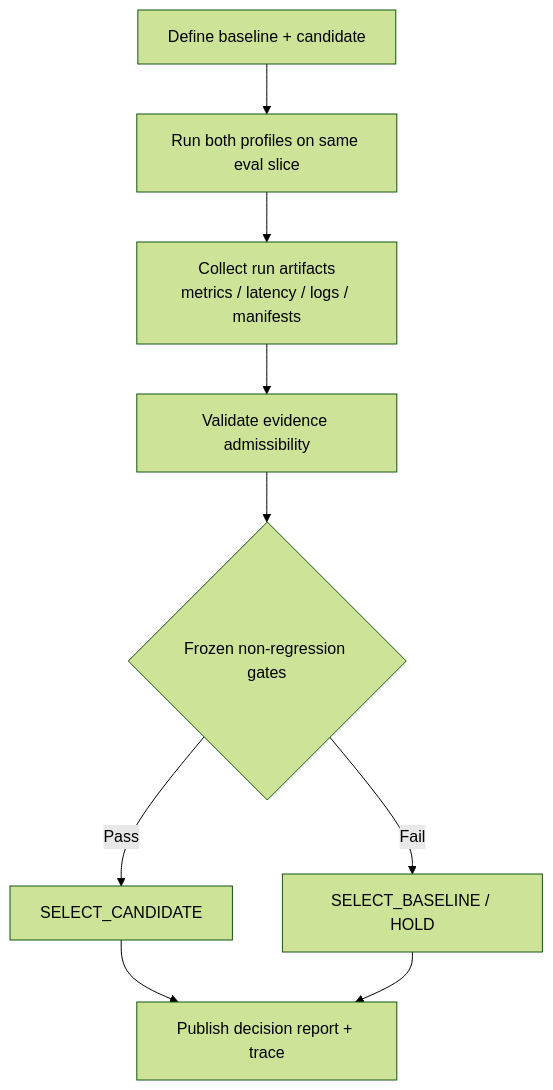
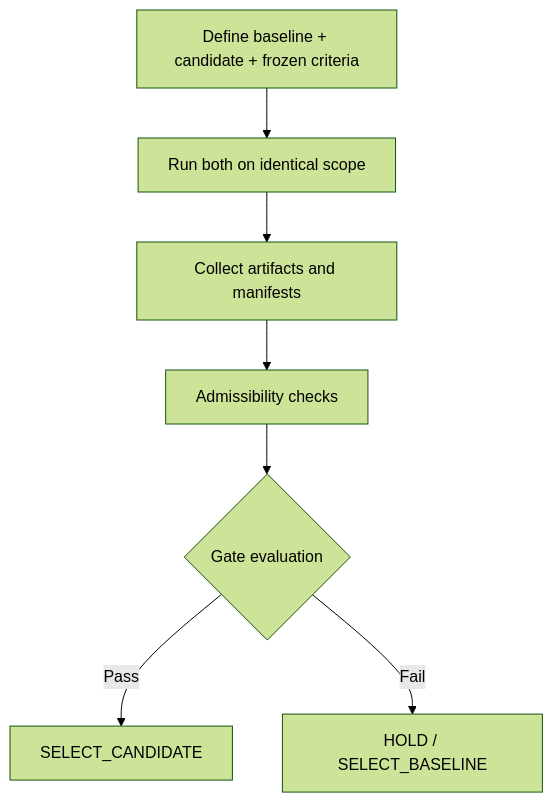
Before and after one commit to enesdenizli/arag-governance-playbook: the diagram in README.md, drawn with Mermaid (forest theme). The commit also changed other lines of this file and 125 other files, not shown here.

Commit message:
refactor: template-first repo layout with run artifacts moved to example-repo

````diff
--- a/README.md
+++ b/README.md
@@ -88,11 +83,9 @@
 ```mermaid
 flowchart TD
-    A[Define baseline + candidate] --> B[Run both profiles on same eval slice]
-    B --> C[Collect run artifacts\nmetrics / latency / logs / manifests]
-    C --> D[Validate evidence admissibility]
-    D --> E{Frozen non-regression gates}
+    A[Define baseline + candidate + frozen criteria] --> B[Run both on identical scope]
+    B --> C[Collect artifacts and manifests]
+    C --> D[Admissibility checks]
+    D --> E{Gate evaluation}
     E -->|Pass| F[SELECT_CANDIDATE]
-    E -->|Fail| G[SELECT_BASELINE / HOLD]
-    F --> H[Publish decision report + trace]
-    G --> H
+    E -->|Fail| G[HOLD / SELECT_BASELINE]
 ```
````
